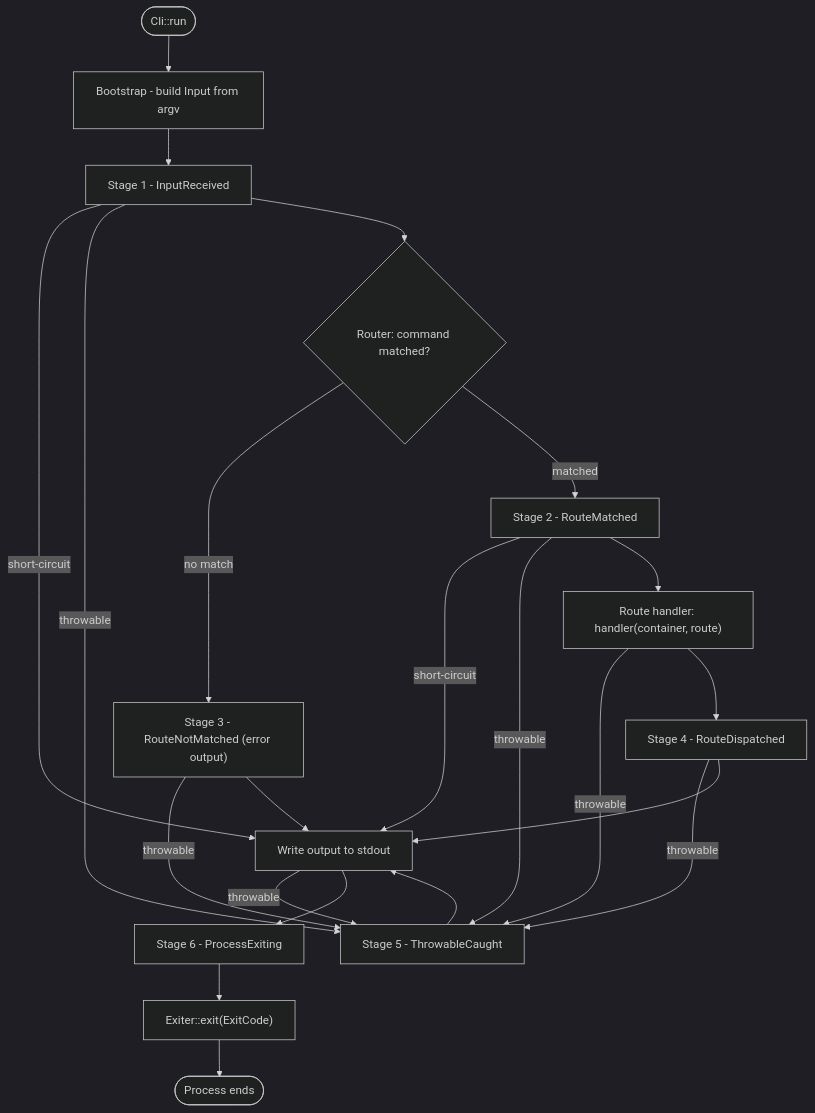
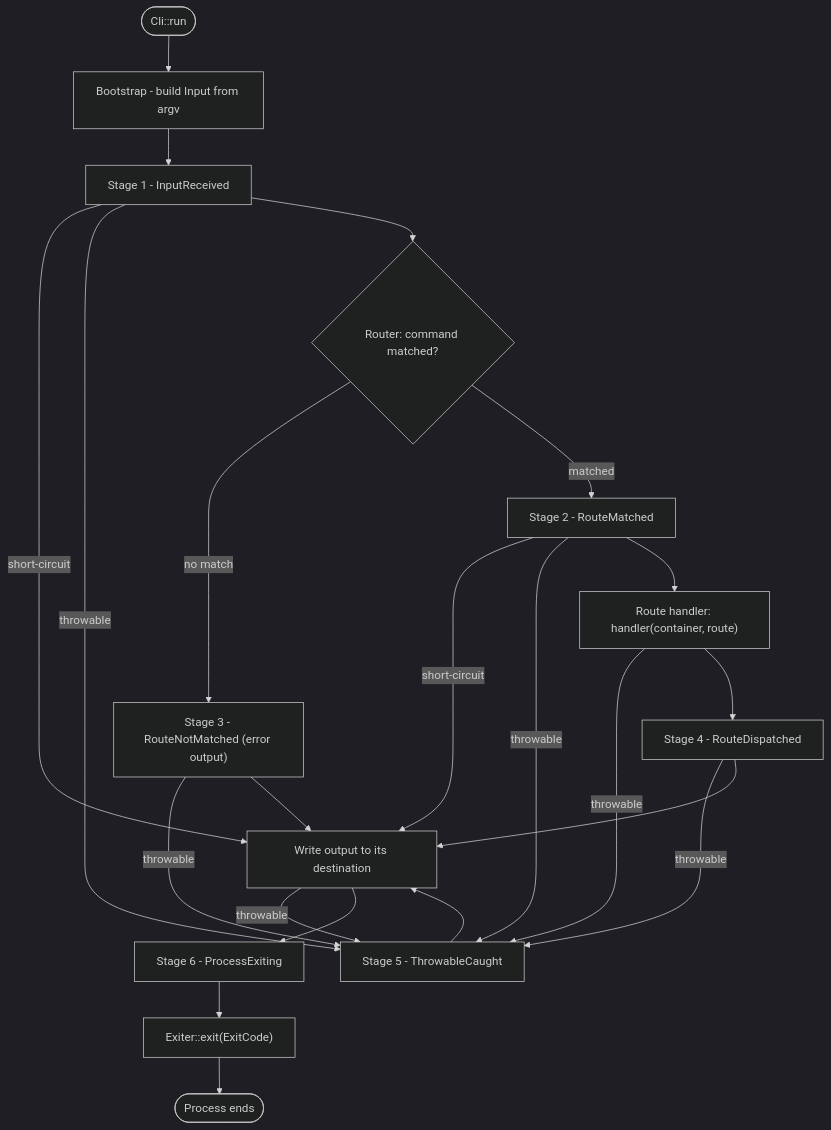
Before and after one commit to valkyrjaio/valkyrja: the diagram in src/Valkyrja/Cli/README.md, drawn with Mermaid (dark theme). The commit also changed other lines of this file, not shown here.

Commit message:
[Cli] docs: Call the write destination what the output holds.

````diff
--- a/src/Valkyrja/Cli/README.md
+++ b/src/Valkyrja/Cli/README.md
@@ -1434,24 +1434,24 @@
 ```mermaid
 flowchart TD
     A([Cli::run]) --> B[Bootstrap - build Input from argv]
     B --> C[Stage 1 - InputReceived]
-    C -->|"short-circuit"| H[Write output to stdout]
+    C -->|"short-circuit"| H[Write output to its destination]
     C -->|throwable| J[Stage 5 - ThrowableCaught]
     C --> D{"Router: command matched?"}
     D -->|"no match"| E["Stage 3 - RouteNotMatched (error output)"]
     D -->|matched| F[Stage 2 - RouteMatched]
     E -->|throwable| J
     E --> H
     F -->|"short-circuit"| H
     F -->|throwable| J
     F --> G["Route handler: handler(container, route)"]
     G -->|throwable| J
     G --> I[Stage 4 - RouteDispatched]
     I -->|throwable| J
     I --> H
     J --> H
     H -->|throwable| J
     H --> K[Stage 6 - ProcessExiting]
     K --> L["Exiter::exit(ExitCode)"]
     L --> M([Process ends])
 ```
````
